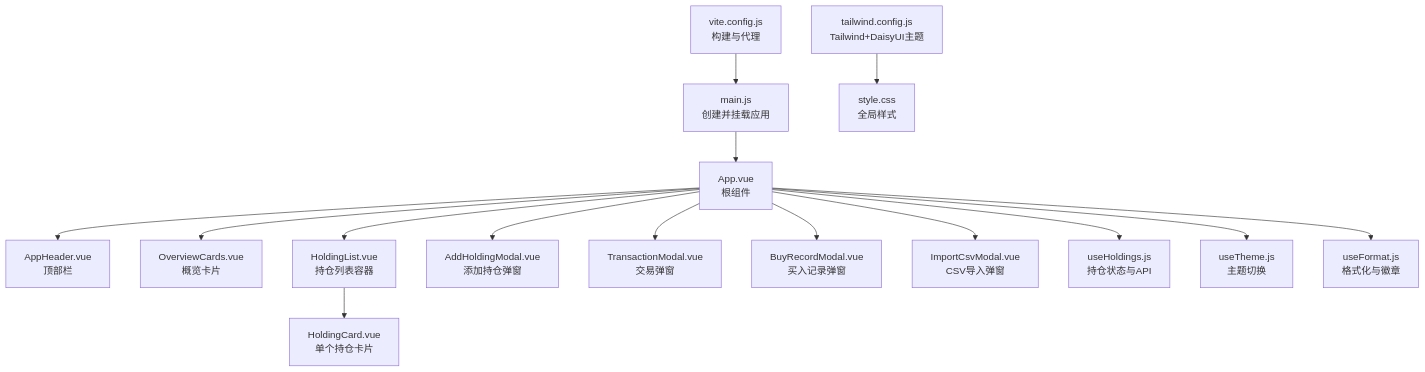
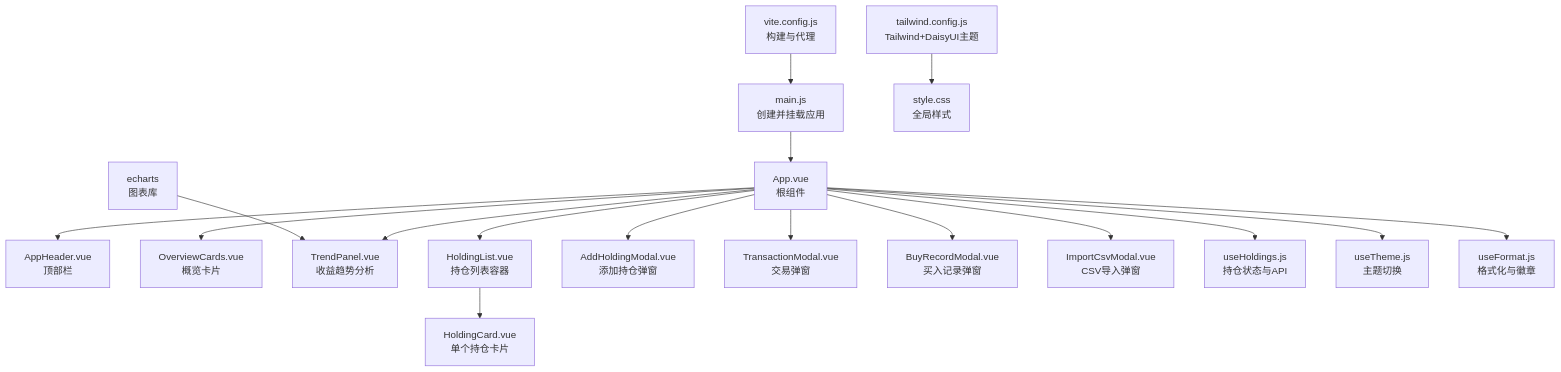
One commit to salenju/stock-advisor changed the first of 6 diagrams in .qoder/repowiki/zh/content/前端架构/前端架构.md. Above: the diagram before and after it, drawn with Mermaid. The commit also changed other lines of this file and 45 other files, not shown here.

````diff
--- a/.qoder/repowiki/zh/content/前端架构/前端架构.md
+++ b/.qoder/repowiki/zh/content/前端架构/前端架构.md
@@ -46,17 +56,19 @@
 ```mermaid
 graph TB
 A["main.js<br/>创建并挂载应用"] --> B["App.vue<br/>根组件"]
 B --> C["AppHeader.vue<br/>顶部栏"]
 B --> D["OverviewCards.vue<br/>概览卡片"]
-B --> E["HoldingList.vue<br/>持仓列表容器"]
-E --> F["HoldingCard.vue<br/>单个持仓卡片"]
-B --> G["AddHoldingModal.vue<br/>添加持仓弹窗"]
-B --> H["TransactionModal.vue<br/>交易弹窗"]
-B --> I["BuyRecordModal.vue<br/>买入记录弹窗"]
-B --> J["ImportCsvModal.vue<br/>CSV导入弹窗"]
-B --> K["useHoldings.js<br/>持仓状态与API"]
-B --> L["useTheme.js<br/>主题切换"]
-B --> M["useFormat.js<br/>格式化与徽章"]
-N["tailwind.config.js<br/>Tailwind+DaisyUI主题"] --> O["style.css<br/>全局样式"]
-P["vite.config.js<br/>构建与代理"] --> A
+B --> E["TrendPanel.vue<br/>收益趋势分析"]
+B --> F["HoldingList.vue<br/>持仓列表容器"]
+F --> G["HoldingCard.vue<br/>单个持仓卡片"]
+B --> H["AddHoldingModal.vue<br/>添加持仓弹窗"]
+B --> I["TransactionModal.vue<br/>交易弹窗"]
+B --> J["BuyRecordModal.vue<br/>买入记录弹窗"]
+B --> K["ImportCsvModal.vue<br/>CSV导入弹窗"]
+B --> L["useHoldings.js<br/>持仓状态与API"]
+B --> M["useTheme.js<br/>主题切换"]
+B --> N["useFormat.js<br/>格式化与徽章"]
+O["tailwind.config.js<br/>Tailwind+DaisyUI主题"] --> P["style.css<br/>全局样式"]
+Q["vite.config.js<br/>构建与代理"] --> A
+R["echarts<br/>图表库"] --> E
 ```
````
